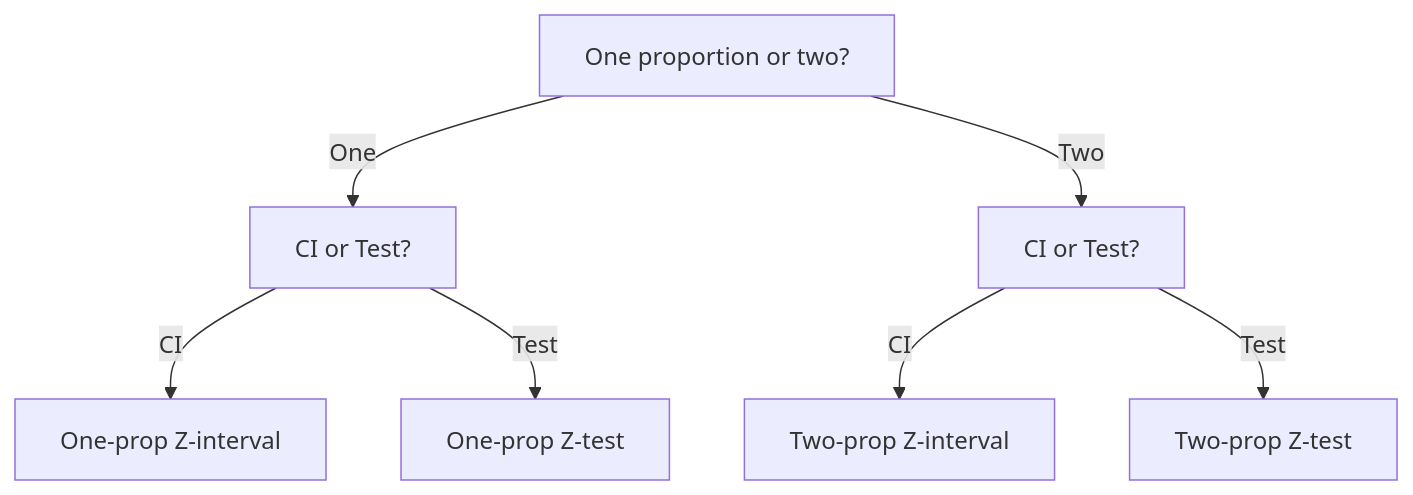
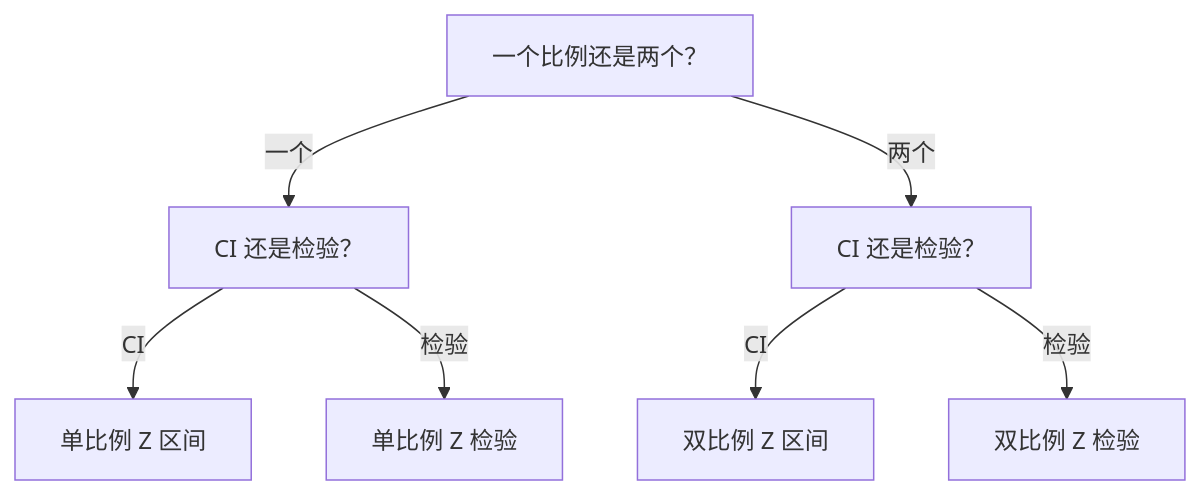
One commit to xieguaiwu/Notes changed the second of 2 diagrams in Math/Statistics/AP_Statistics/Unit_6_Inference_for_Proportions.md. Above: the diagram before and after it, drawn with Mermaid. The commit also changed other lines of this file and 30 other files, not shown here.

Commit message:
obsidian-note-generation: translate all AP Statistics notes to Chinese, fix format issues (H1, --- separators, Unicode→LaTeX), add chart types review note

````diff
--- a/Math/Statistics/AP_Statistics/Unit_6_Inference_for_Proportions.md
+++ b/Math/Statistics/AP_Statistics/Unit_6_Inference_for_Proportions.md
@@ -87,9 +77,9 @@
 ```mermaid
 flowchart TD
-    Q1["One proportion or two?"] -->|"One"| Q2["CI or Test?"]
-    Q1 -->|"Two"| Q3["CI or Test?"]
-    Q2 -->|CI| P1["One-prop Z-interval"]
-    Q2 -->|Test| P2["One-prop Z-test"]
-    Q3 -->|CI| P3["Two-prop Z-interval"]
-    Q3 -->|Test| P4["Two-prop Z-test"]
+    Q1["一个比例还是两个？"] -->|"一个"| Q2["CI 还是检验？"]
+    Q1 -->|"两个"| Q3["CI 还是检验？"]
+    Q2 -->|CI| P1["单比例 Z 区间"]
+    Q2 -->|检验| P2["单比例 Z 检验"]
+    Q3 -->|CI| P3["双比例 Z 区间"]
+    Q3 -->|检验| P4["双比例 Z 检验"]
 ```
````
